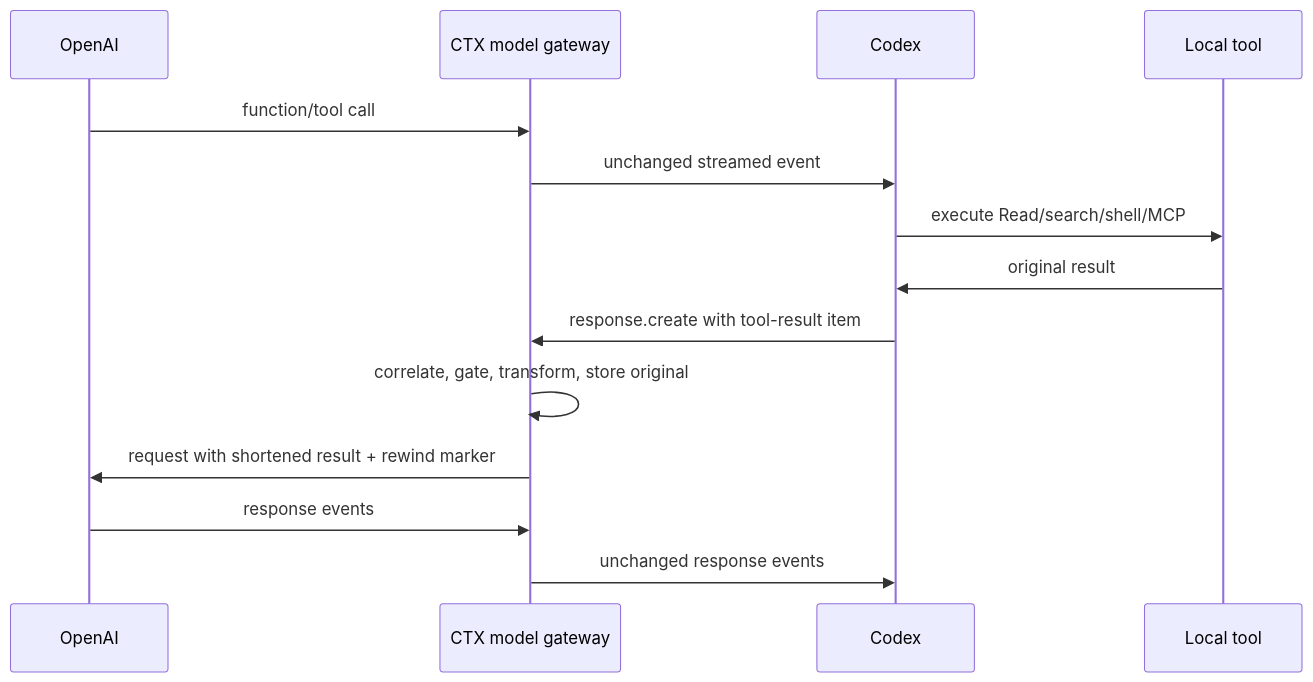
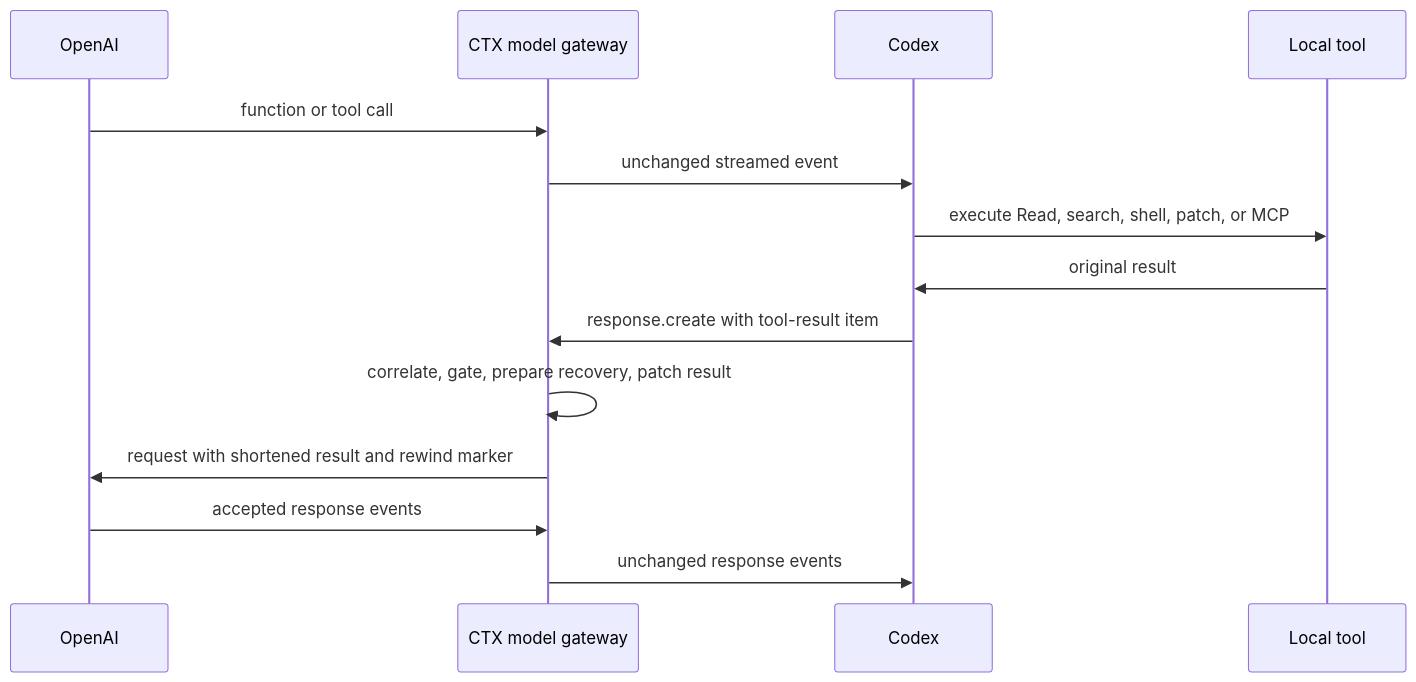
One commit to saurabh0392/ctx changed the diagram in docs/codex-model-gateway-implementation-plan.md. Above: the diagram before and after it, drawn with Mermaid. The commit also changed other lines of this file and 3 other files, not shown here.

````diff
--- a/docs/codex-model-gateway-implementation-plan.md
+++ b/docs/codex-model-gateway-implementation-plan.md
@@ -72,17 +78,17 @@
 ```mermaid
 sequenceDiagram
   participant O as OpenAI
   participant G as CTX model gateway
   participant C as Codex
   participant T as Local tool
 
-  O->>G: function/tool call
+  O->>G: function or tool call
   G->>C: unchanged streamed event
-  C->>T: execute Read/search/shell/MCP
+  C->>T: execute Read, search, shell, patch, or MCP
   T->>C: original result
   C->>G: response.create with tool-result item
-  G->>G: correlate, gate, transform, store original
-  G->>O: request with shortened result + rewind marker
-  O->>G: response events
+  G->>G: correlate, gate, prepare recovery, patch result
+  G->>O: request with shortened result and rewind marker
+  O->>G: accepted response events
   G->>C: unchanged response events
 ```
````
